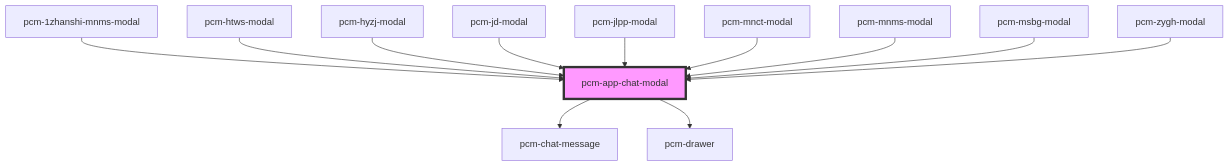
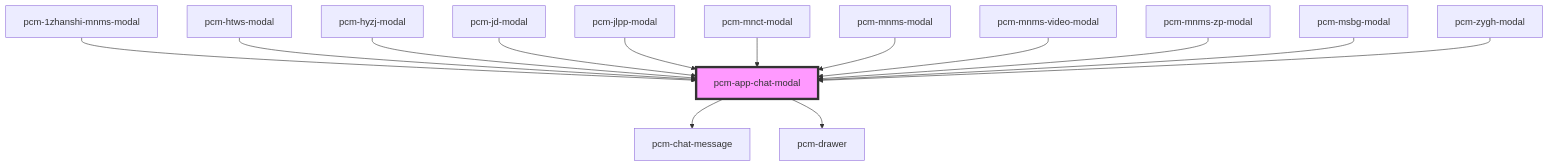
The diagram in packages/pcm-agents/docs/components/pcm-app-chat-modal/readme.md (Pincaimao/pcm-agents-sdk), drawn with Mermaid before and after one commit. The commit also changed other lines of this file and 24 other files, not shown here.

````diff
--- a/packages/pcm-agents/docs/components/pcm-app-chat-modal/readme.md
+++ b/packages/pcm-agents/docs/components/pcm-app-chat-modal/readme.md
@@ -70,15 +72,17 @@
 ```mermaid
 graph TD;
   pcm-app-chat-modal --> pcm-chat-message
   pcm-app-chat-modal --> pcm-drawer
   pcm-1zhanshi-mnms-modal --> pcm-app-chat-modal
   pcm-htws-modal --> pcm-app-chat-modal
   pcm-hyzj-modal --> pcm-app-chat-modal
   pcm-jd-modal --> pcm-app-chat-modal
   pcm-jlpp-modal --> pcm-app-chat-modal
   pcm-mnct-modal --> pcm-app-chat-modal
   pcm-mnms-modal --> pcm-app-chat-modal
+  pcm-mnms-video-modal --> pcm-app-chat-modal
+  pcm-mnms-zp-modal --> pcm-app-chat-modal
   pcm-msbg-modal --> pcm-app-chat-modal
   pcm-zygh-modal --> pcm-app-chat-modal
   style pcm-app-chat-modal fill:#f9f,stroke:#333,stroke-width:4px
 ```
````
